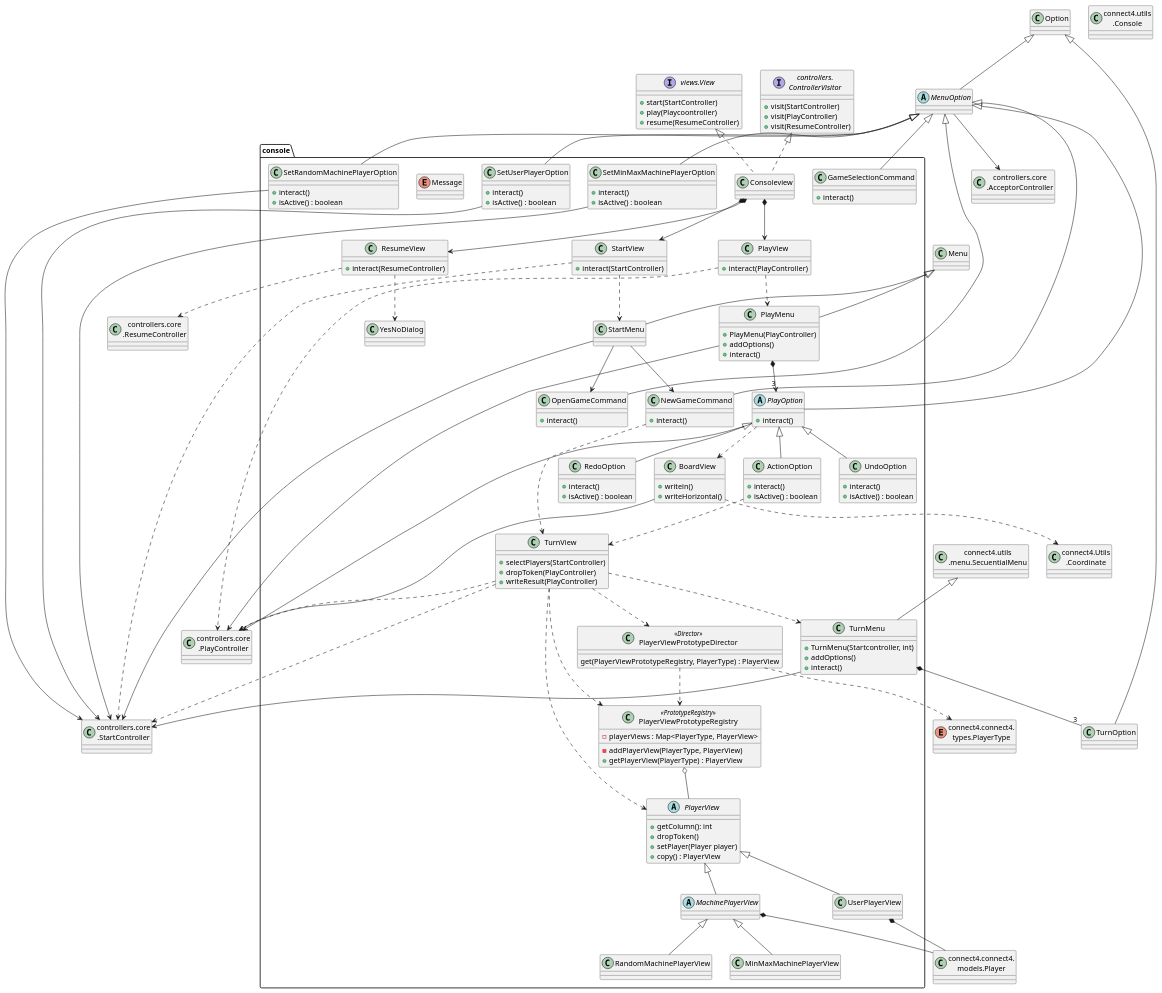
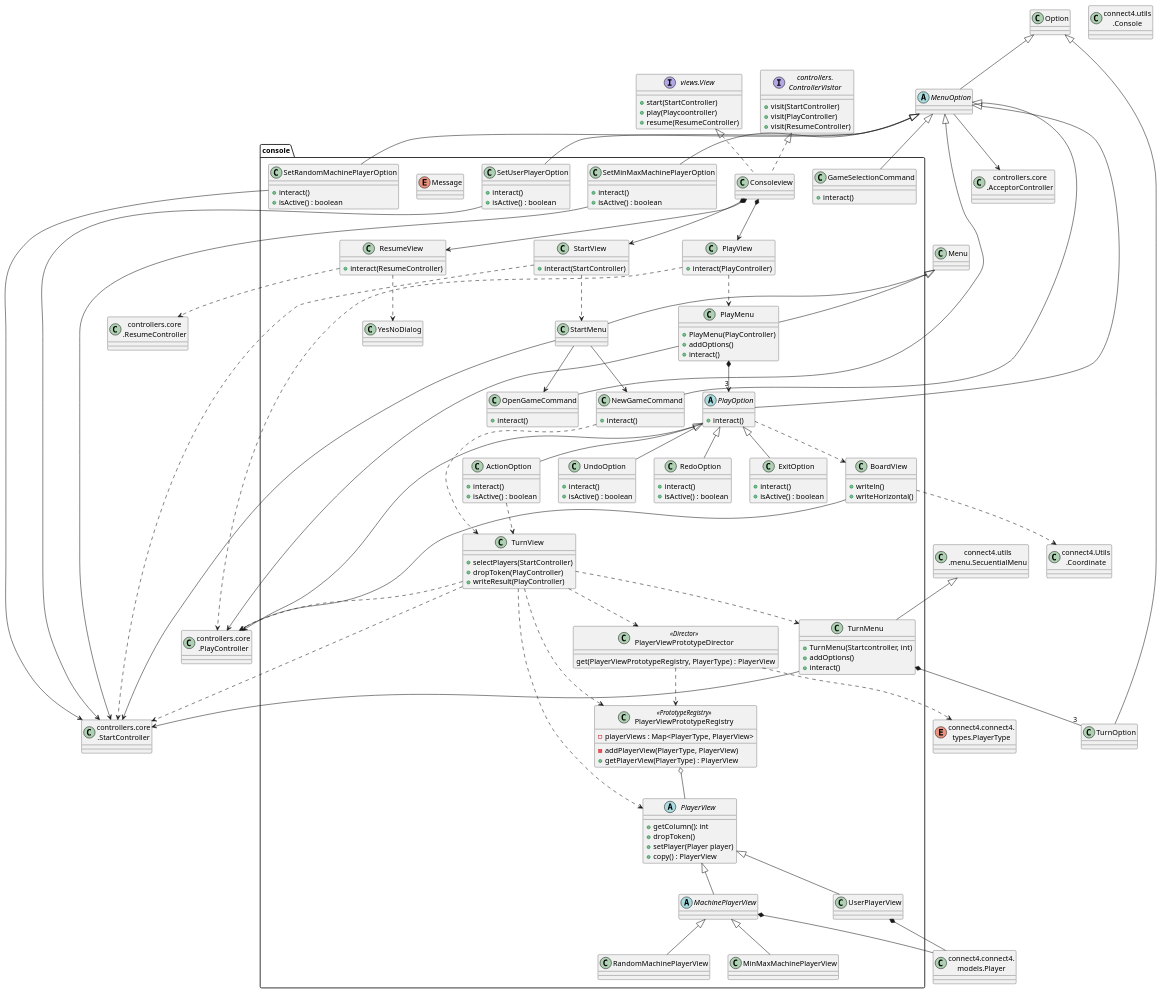
One commit to js-rom/connect4 changed the diagram in connect4/Docs/diagrams/src/packages/connect4.connect4.views.console.plantuml. Above: the diagram before and after it, drawn with PlantUML. The commit also changed 1 other file, not shown here.

Commit message:
docs: add docs for feat exit game (views)

```diff
--- a/connect4/Docs/diagrams/src/packages/connect4.connect4.views.console.plantuml
+++ b/connect4/Docs/diagrams/src/packages/connect4.connect4.views.console.plantuml
@@ -111,6 +111,11 @@
     +isActive() : boolean
 }
 
+class console.ExitOption {
+    +interact()
+    +isActive() : boolean
+}
+
 abstract class MenuOption {
 }
 
@@ -159,6 +164,7 @@
 PlayOption --> PlayController
 PlayOption ..> BoardView
 PlayOption <|-- ActionOption
+PlayOption <|-- ExitOption
 ActionOption ..> TurnView
 PlayOption <|-- UndoOption
 PlayOption <|-- RedoOption
```
